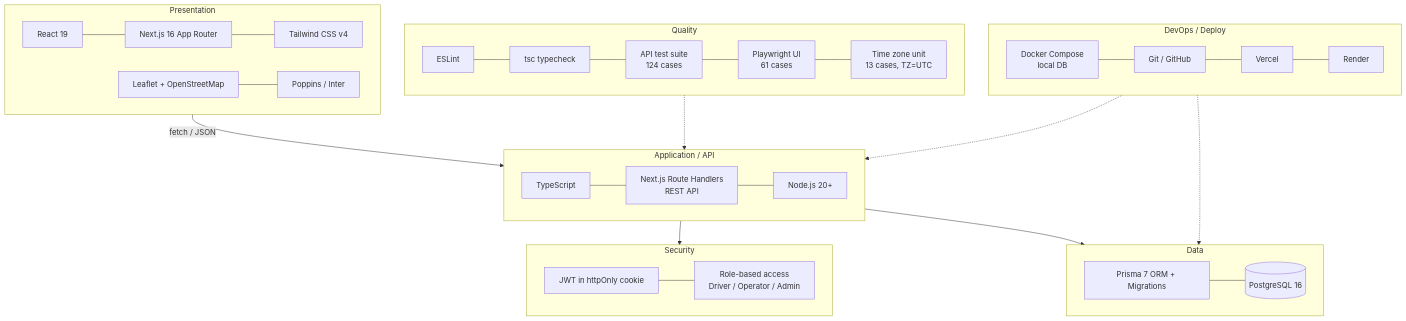
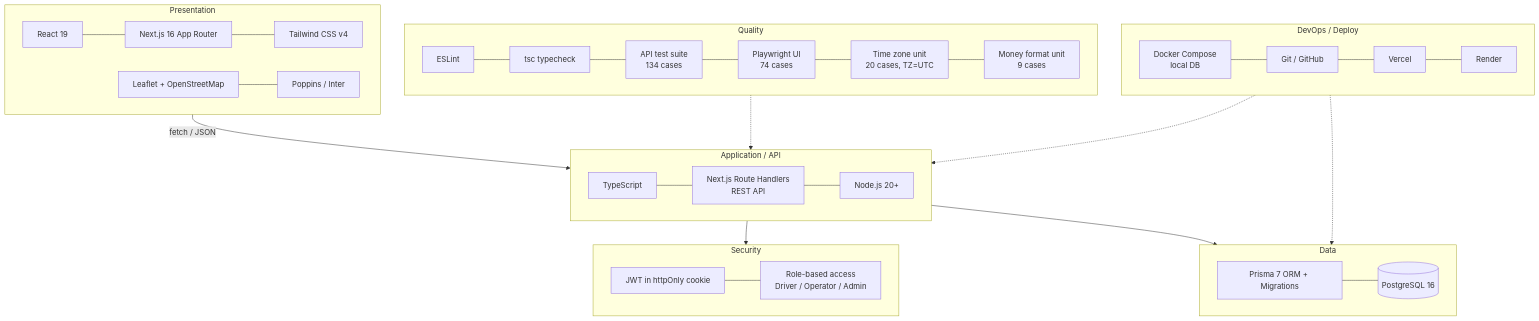
One commit to raftisz/Ev-charging-app changed the third of 5 diagrams in docs/system-diagrams.md. Above: the diagram before and after it, drawn with Mermaid. The commit also changed 7 other files, not shown here.

````diff
--- a/docs/system-diagrams.md
+++ b/docs/system-diagrams.md
@@ -69,34 +69,34 @@
 ```mermaid
 flowchart TB
     subgraph FE["Presentation"]
         F1["React 19"] --- F2["Next.js 16 App Router"] --- F3["Tailwind CSS v4"]
         F4["Leaflet + OpenStreetMap"] --- F5["Poppins / Inter"]
     end
 
     subgraph BE["Application / API"]
         B1["TypeScript"] --- B2["Next.js Route Handlers<br/>REST API"] --- B3["Node.js 20+"]
     end
 
     subgraph SEC["Security"]
         S1["JWT in httpOnly cookie"] --- S2["Role-based access<br/>Driver / Operator / Admin"]
     end
 
     subgraph DATA["Data"]
         D1["Prisma 7 ORM + Migrations"] --- D2[("PostgreSQL 16")]
     end
 
     subgraph QA["Quality"]
-        Q1["ESLint"] --- Q2["tsc typecheck"] --- Q3["API test suite<br/>124 cases"] --- Q4["Playwright UI<br/>61 cases"] --- Q5["Time zone unit<br/>13 cases, TZ=UTC"]
+        Q1["ESLint"] --- Q2["tsc typecheck"] --- Q3["API test suite<br/>134 cases"] --- Q4["Playwright UI<br/>74 cases"] --- Q5["Time zone unit<br/>20 cases, TZ=UTC"] --- Q6["Money format unit<br/>9 cases"]
     end
 
     subgraph OPS["DevOps / Deploy"]
         O1["Docker Compose<br/>local DB"] --- O2["Git / GitHub"] --- O3["Vercel"] --- O4["Render"]
     end
 
     FE -->|"fetch / JSON"| BE
     BE --> SEC
     BE --> DATA
     QA -.-> BE
     OPS -.-> BE
     OPS -.-> DATA
 ```
````
